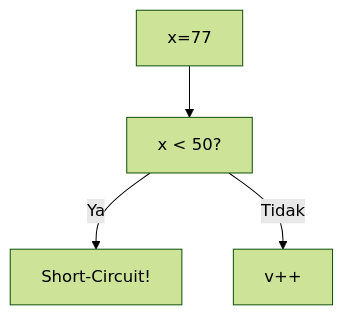
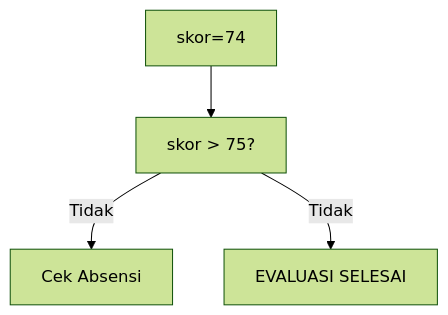
Diagram 12 of 25 in part-c-pemahaman-cpp/02-percabangan/latihan/set-02.md (amnahwaida/OSNK_INF_PREP), drawn with Mermaid (forest theme) before and after one commit. The commit also changed other lines of this file and 71 other files, not shown here.

````diff
--- a/part-c-pemahaman-cpp/02-percabangan/latihan/set-02.md
+++ b/part-c-pemahaman-cpp/02-percabangan/latihan/set-02.md
@@ -334,6 +350,6 @@
 ```mermaid
 graph TD
-A["x=77"] --> B["x < 50?"]
-B -- Ya --> C["Short-Circuit!"]
-B -- Tidak --> D["v++"]
+A["skor=74"] --> B["skor > 75?"]
+B -- Tidak --> C["Cek Absensi"]
+B -- Tidak --> D["EVALUASI SELESAI"]
 ```
````
